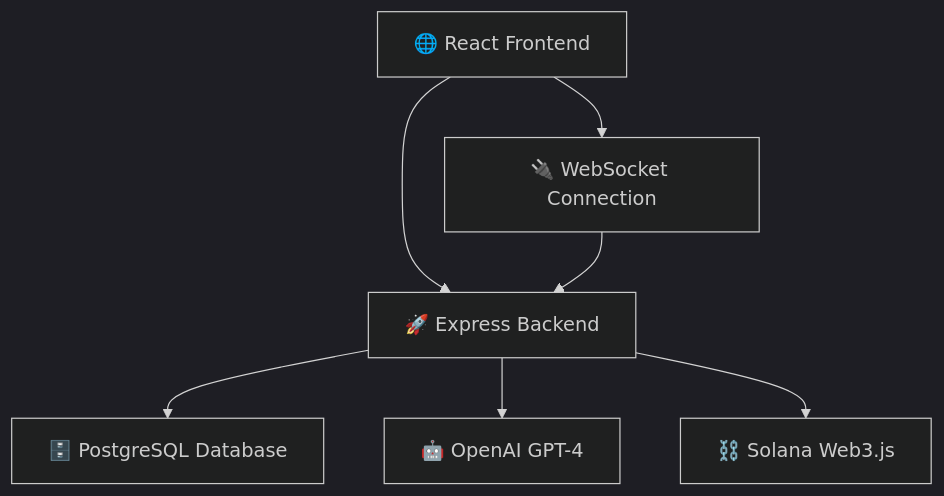
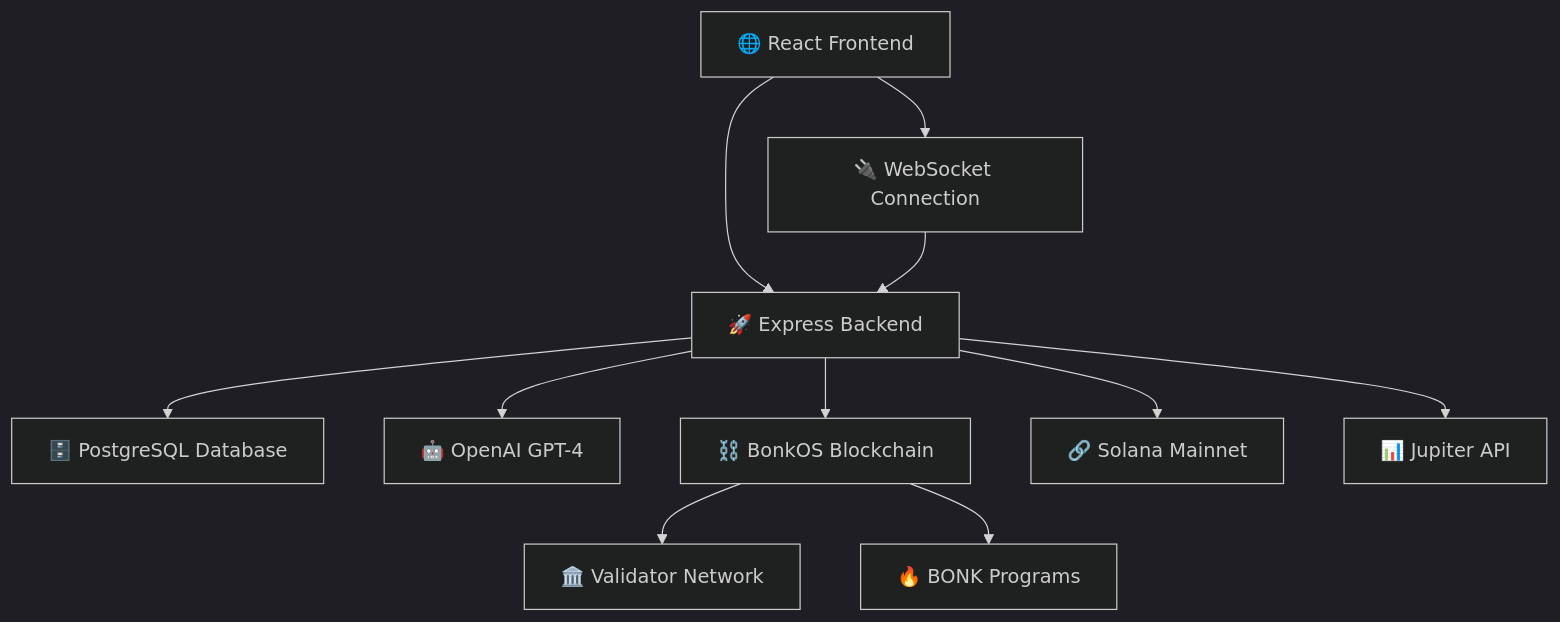
Before and after one commit to BonkTerminalapp/bonkos-terminal: the diagram in README.md, drawn with Mermaid (dark theme). The commit also changed other lines of this file, not shown here.

````diff
--- a/README.md
+++ b/README.md
@@ -163,9 +241,13 @@
 ```mermaid
 graph TB
     A[🌐 React Frontend] --> B[🚀 Express Backend]
     B --> C[🗄️ PostgreSQL Database]
     B --> D[🤖 OpenAI GPT-4]
-    B --> E[⛓️ Solana Web3.js]
-    A --> F[🔌 WebSocket Connection]
-    F --> B
+    B --> E[⛓️ BonkOS Blockchain]
+    B --> F[🔗 Solana Mainnet]
+    B --> G[📊 Jupiter API]
+    A --> H[🔌 WebSocket Connection]
+    H --> B
+    E --> I[🏛️ Validator Network]
+    E --> J[🔥 BONK Programs]
 ```
````
